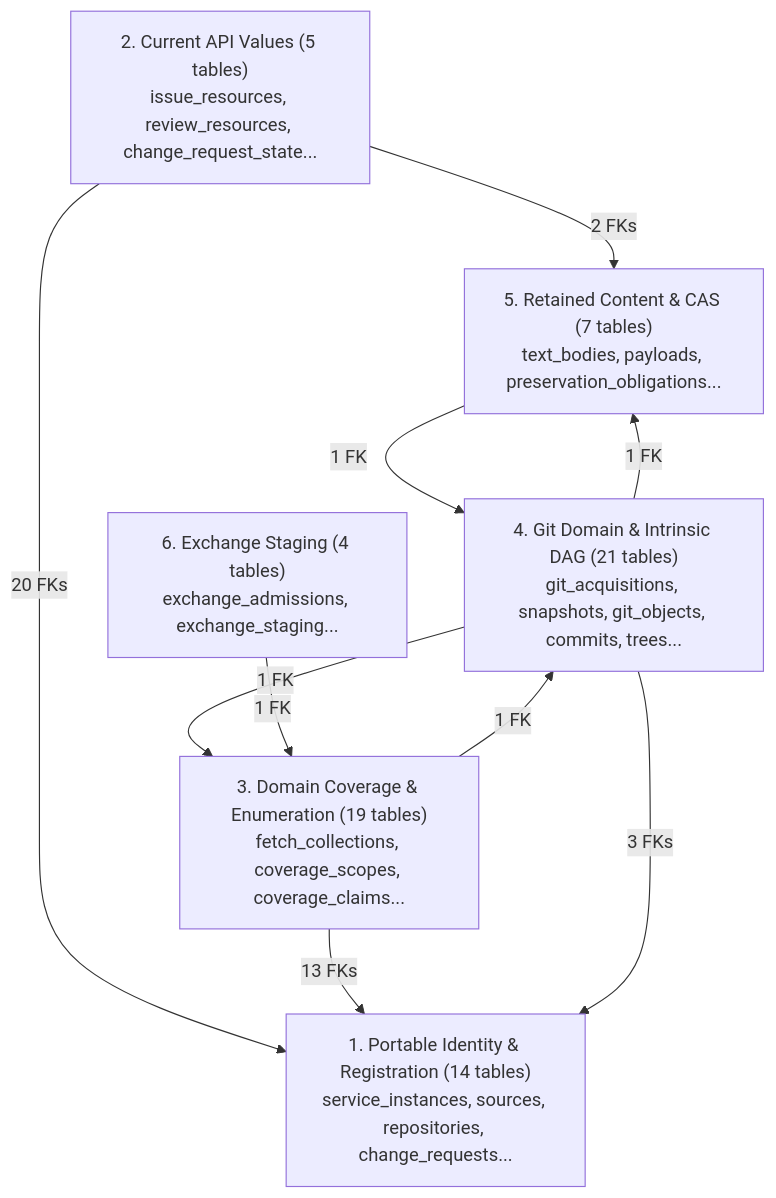
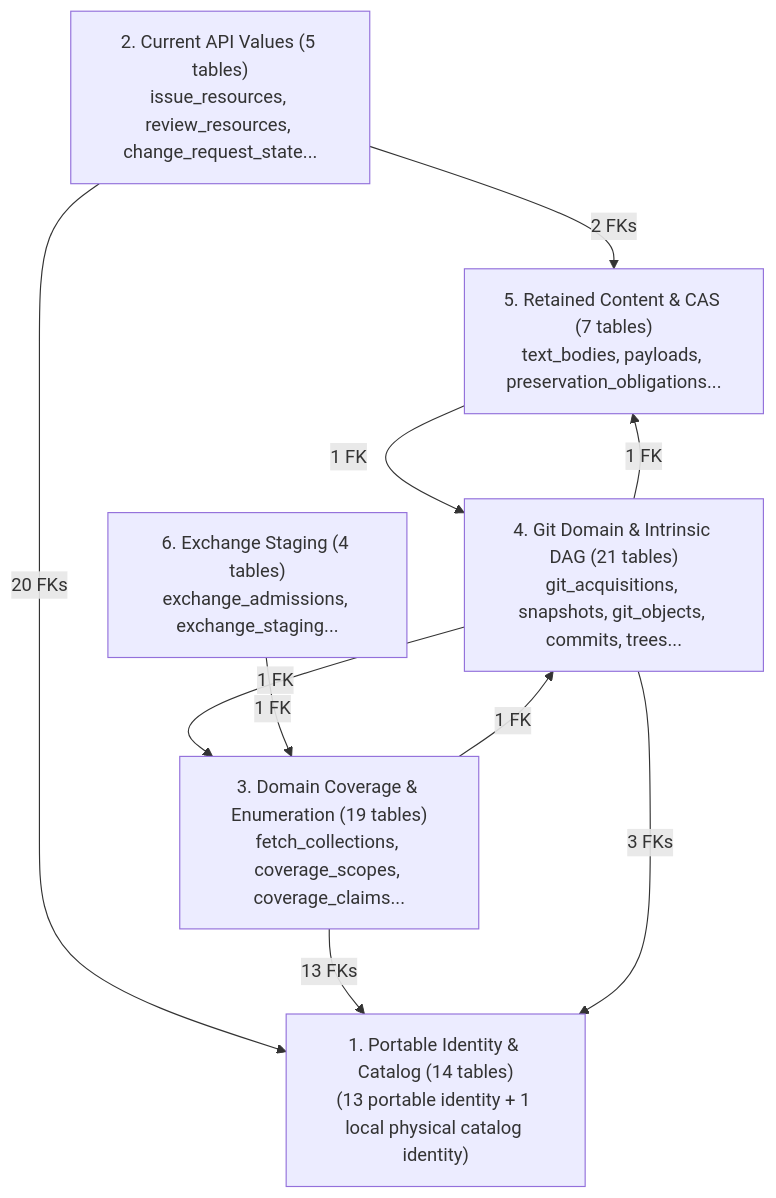
Before and after one commit to TakashiSasaki/git-repo-db: the diagram in docs/schema/mermaid/core-overview.md, drawn with Mermaid. The commit also changed other lines of this file and 17 other files, not shown here.

First line of the commit message:
fix(schema): resolve generated columns, unique constraints, and mermaid cardinality defects (C1-C5)

````diff
--- a/docs/schema/mermaid/core-overview.md
+++ b/docs/schema/mermaid/core-overview.md
@@ -17,19 +17,19 @@
 ```mermaid
 flowchart TD
-    c_ident["1. Portable Identity & Registration (14 tables)\nservice_instances, sources, repositories, change_requests..."]
+    c_ident["1. Portable Identity & Catalog (14 tables)\n(13 portable identity + 1 local physical catalog identity)"]
     c_api["2. Current API Values (5 tables)\nissue_resources, review_resources, change_request_state..."]
     c_cov["3. Domain Coverage & Enumeration (19 tables)\nfetch_collections, coverage_scopes, coverage_claims..."]
     c_git["4. Git Domain & Intrinsic DAG (21 tables)\ngit_acquisitions, snapshots, git_objects, commits, trees..."]
     c_cas["5. Retained Content & CAS (7 tables)\ntext_bodies, payloads, preservation_obligations..."]
     c_exch["6. Exchange Staging (4 tables)\nexchange_admissions, exchange_staging..."]
 
     c_api -->|"20 FKs"| c_ident
     c_api -->|"2 FKs"| c_cas
     c_cov -->|"13 FKs"| c_ident
     c_cov -->|"1 FK"| c_git
     c_git -->|"3 FKs"| c_ident
     c_git -->|"1 FK"| c_cov
     c_git -->|"1 FK"| c_cas
     c_cas -->|"1 FK"| c_git
     c_exch -->|"1 FK"| c_cov
 ```
````
